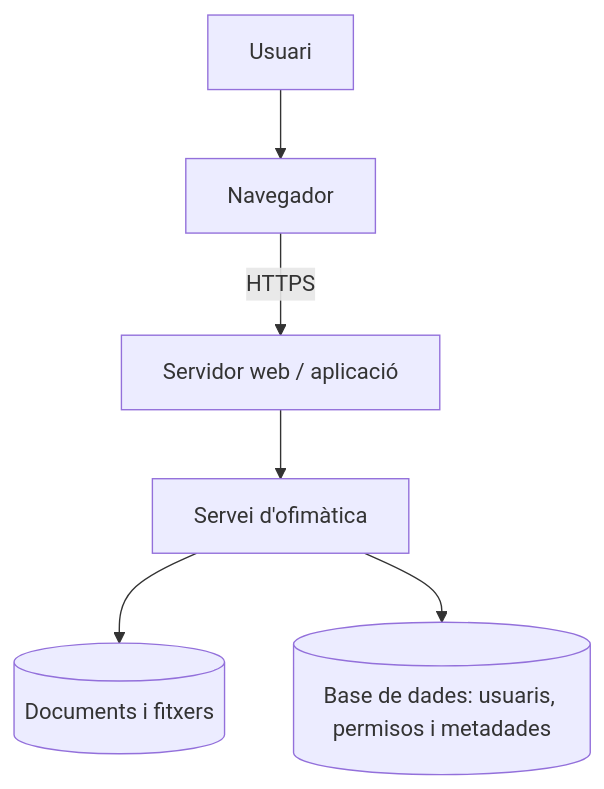
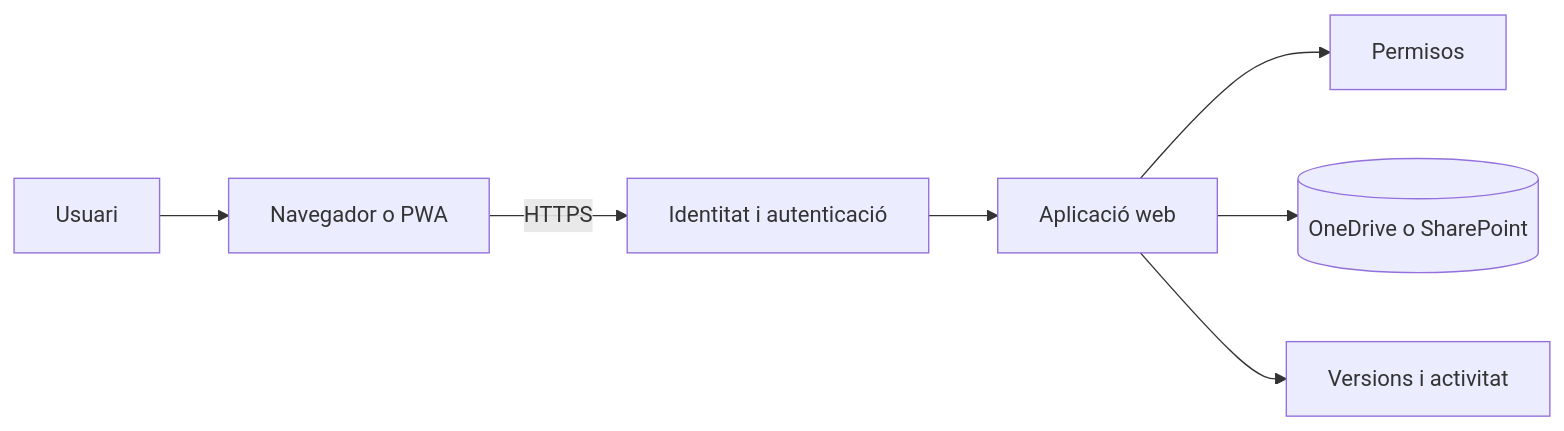
One commit to jordicido/jordicina changed the diagram in docs/smx-aw/up2/01-ofimatica-web.md. Above: the diagram before and after it, drawn with Mermaid. The commit also changed other lines of this file and 5 other files, not shown here.

````diff
--- a/docs/smx-aw/up2/01-ofimatica-web.md
+++ b/docs/smx-aw/up2/01-ofimatica-web.md
@@ -41,8 +62,9 @@
 ```mermaid
-flowchart TD
-    U[Usuari] --> B[Navegador]
-    B -->|HTTPS| W[Servidor web / aplicació]
-    W --> A[Servei d'ofimàtica]
-    A --> D[(Documents i fitxers)]
-    A --> DB[(Base de dades: usuaris, permisos i metadades)]
+flowchart LR
+    U[Usuari] --> B[Navegador o PWA]
+    B -->|HTTPS| I[Identitat i autenticació]
+    I --> A[Aplicació web]
+    A --> P[Permisos]
+    A --> D[(OneDrive o SharePoint)]
+    A --> V[Versions i activitat]
 ```
````
